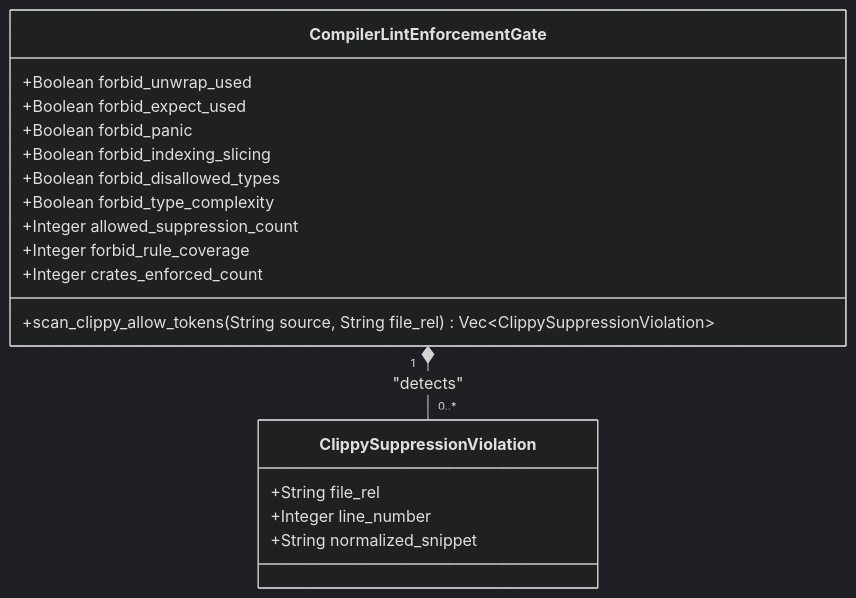
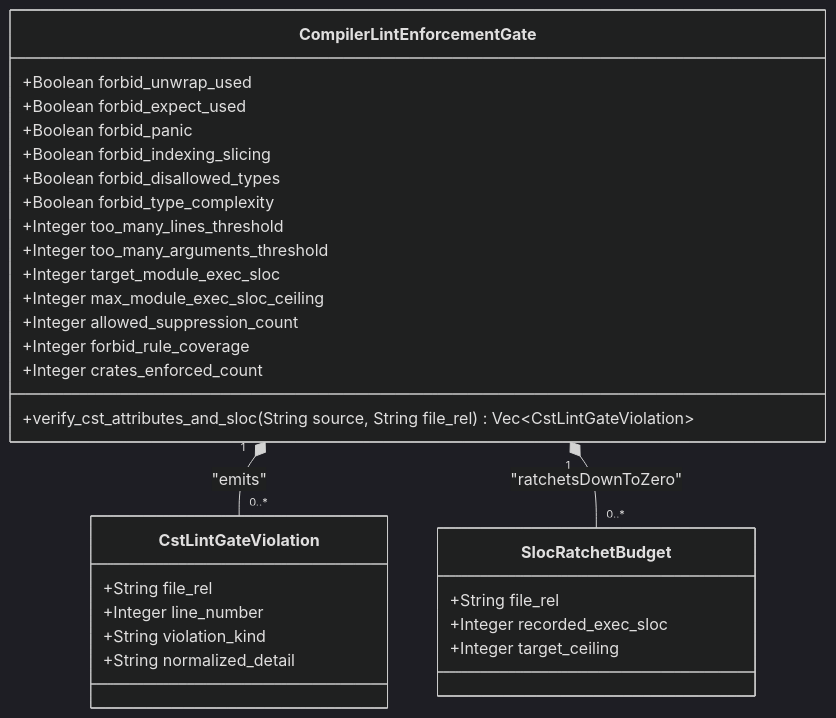
One commit to gintatkinson/DEAP01-spec-core changed the first of 4 diagrams in docs/designs/blueprint-01-compiler-enforced-lint-forbid-gate.md. Above: the diagram before and after it, drawn with Mermaid (dark theme). The commit also changed other lines of this file and 2 other files, not shown here.

Commit message:
docs(blueprints): refactor BP-01 onto official clippy JSON and ra_ap_syntax CST

````diff
--- a/docs/designs/blueprint-01-compiler-enforced-lint-forbid-gate.md
+++ b/docs/designs/blueprint-01-compiler-enforced-lint-forbid-gate.md
@@ -82,21 +98,32 @@
 ```mermaid
 classDiagram
     class CompilerLintEnforcementGate {
         +Boolean forbid_unwrap_used
         +Boolean forbid_expect_used
         +Boolean forbid_panic
         +Boolean forbid_indexing_slicing
         +Boolean forbid_disallowed_types
         +Boolean forbid_type_complexity
+        +Integer too_many_lines_threshold
+        +Integer too_many_arguments_threshold
+        +Integer target_module_exec_sloc
+        +Integer max_module_exec_sloc_ceiling
         +Integer allowed_suppression_count
         +Integer forbid_rule_coverage
         +Integer crates_enforced_count
-        +scan_clippy_allow_tokens(String source, String file_rel) Vec~ClippySuppressionViolation~
+        +verify_cst_attributes_and_sloc(String source, String file_rel) Vec~CstLintGateViolation~
     }
-    class ClippySuppressionViolation {
+    class CstLintGateViolation {
         +String file_rel
         +Integer line_number
-        +String normalized_snippet
+        +String violation_kind
+        +String normalized_detail
     }
-    CompilerLintEnforcementGate "1" *-- "0..*" ClippySuppressionViolation : "detects"
+    class SlocRatchetBudget {
+        +String file_rel
+        +Integer recorded_exec_sloc
+        +Integer target_ceiling
+    }
+    CompilerLintEnforcementGate "1" *-- "0..*" CstLintGateViolation : "emits"
+    CompilerLintEnforcementGate "1" *-- "0..*" SlocRatchetBudget : "ratchetsDownToZero"
 ```
````
